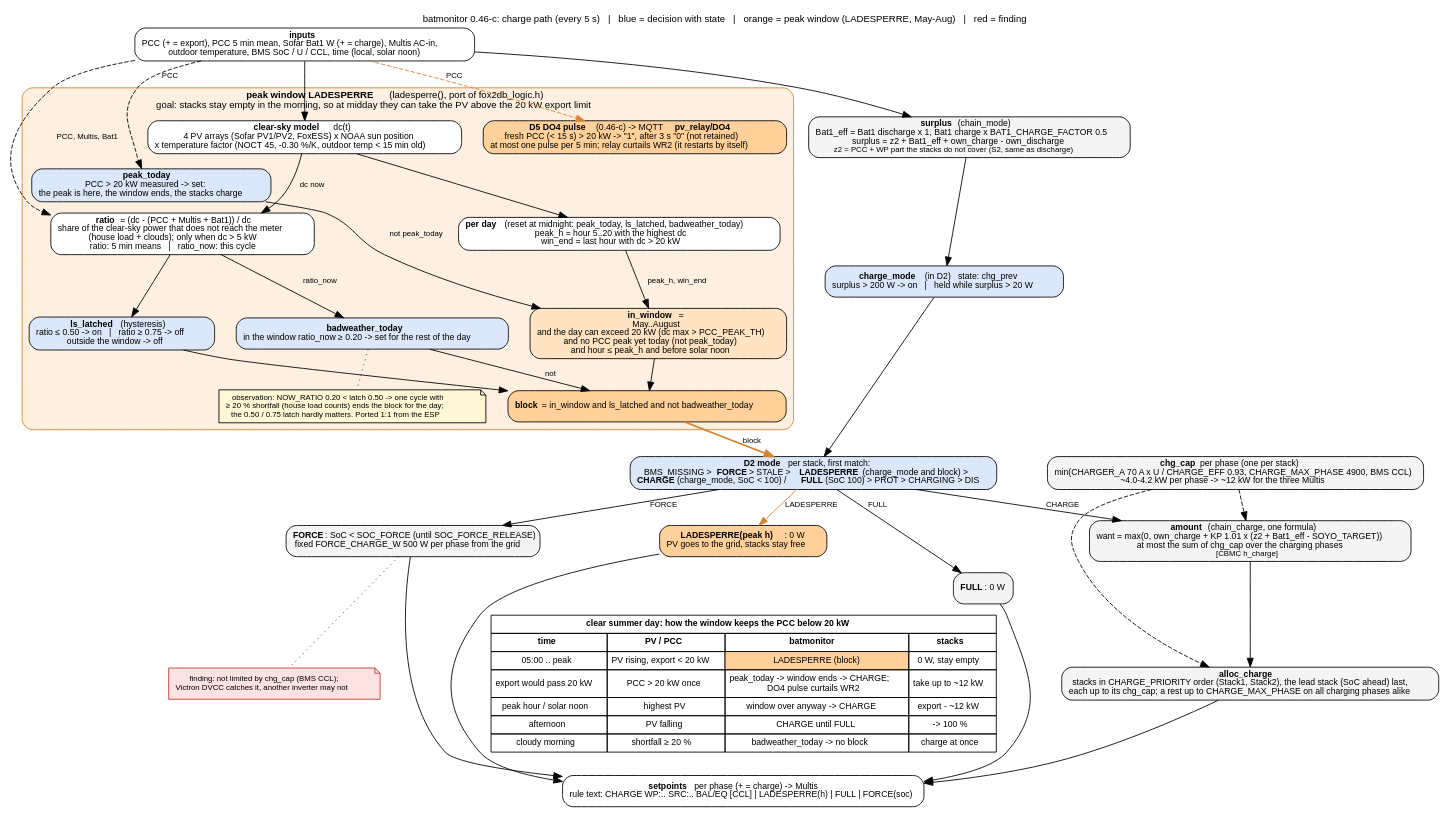
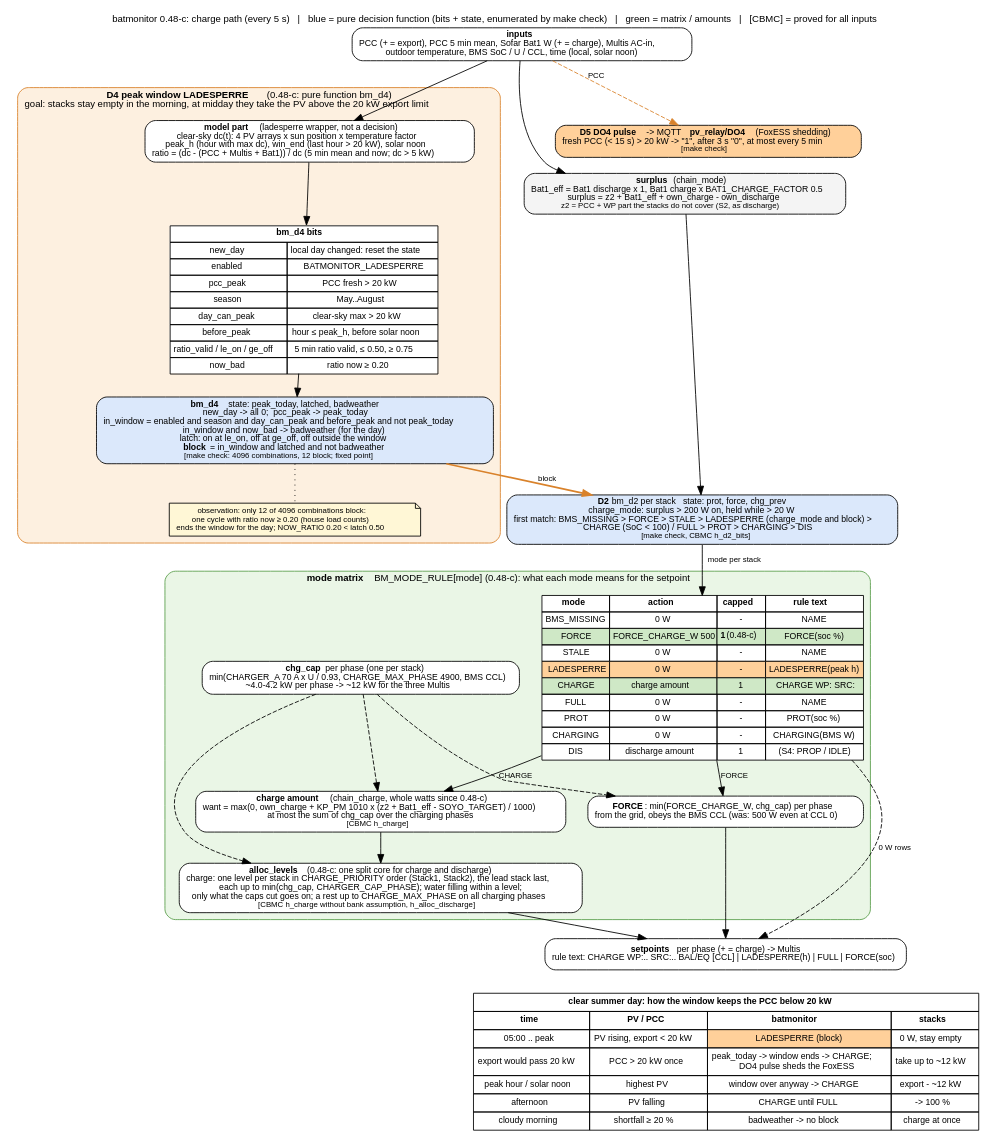
The diagram in docs/charge_flow.dot (gerontec/victron), drawn with Graphviz before and after one commit. The commit also changed 18 other files, not shown here.

```diff
--- a/docs/charge_flow.dot
+++ b/docs/charge_flow.dot
@@ -1,86 +1,91 @@
-// batmonitor 0.46-c: charge path of one cycle, with the summer peak window (LADESPERRE) that keeps the stacks free in
-// the morning so they can take the midday PV and the PCC export stays below PCC_PEAK_TH (20 kW).
+// batmonitor 0.48-c: charge path of one cycle as decision matrices, with the summer peak window (D4 LADESPERRE)
+// that keeps the stacks free in the morning so they take the midday PV and the PCC export stays below 20 kW.
 // render: dot -Tpdf charge_flow.dot -o charge_flow.pdf   (or -Tpng)
 digraph charge {
 	graph [rankdir=TB, fontname="Helvetica", fontsize=11, nodesep=0.35, ranksep=0.35, newrank=true,
-		   label="batmonitor 0.46-c: charge path (every 5 s)   |   blue = decision with state   |   orange = peak window (LADESPERRE, May-Aug)   |   red = finding",
+		   label="batmonitor 0.48-c: charge path (every 5 s)   |   blue = pure decision function (bits + state, enumerated by make check)   |   green = matrix / amounts   |   [CBMC] = proved for all inputs",
 		   labelloc=t];
 	node [shape=box, style="rounded,filled", fillcolor="#f4f4f4", fontname="Helvetica", fontsize=10];
 	edge [fontname="Helvetica", fontsize=9];
 
 	in [label=<<b>inputs</b><br/>PCC (+ = export), PCC 5 min mean, Sofar Bat1 W (+ = charge), Multis AC-in,<br/>outdoor temperature, BMS SoC / U / CCL, time (local, solar noon)>, fillcolor="#ffffff"];
 
-	surplus [label=<<b>surplus</b> (chain_mode)<br/>Bat1_eff = Bat1 discharge x 1, Bat1 charge x BAT1_CHARGE_FACTOR 0.5<br/>surplus = z2 + Bat1_eff + own_charge - own_discharge<br/><font point-size="9">z2 = PCC + WP part the stacks do not cover (S2, same as discharge)</font>>];
+	surplus [label=<<b>surplus</b> (chain_mode)<br/>Bat1_eff = Bat1 discharge x 1, Bat1 charge x BAT1_CHARGE_FACTOR 0.5<br/>surplus = z2 + Bat1_eff + own_charge - own_discharge<br/><font point-size="9">z2 = PCC + WP part the stacks do not cover (S2, as discharge)</font>>];
 
-	cmode [label=<<b>charge_mode</b> (in D2)   state: chg_prev<br/>surplus &gt; 200 W -&gt; on   |   held while surplus &gt; 20 W>, fillcolor="#dbe8fb"];
-
-	subgraph cluster_ls {
-		label=<<b>peak window LADESPERRE</b> (ladesperre(), port of fox2db_logic.h)<br/>goal: stacks stay empty in the morning, so at midday they can take the PV above the 20 kW export limit>;
+	subgraph cluster_d4 {
+		label=<<b>D4 peak window LADESPERRE</b> (0.48-c: pure function bm_d4)<br/>goal: stacks stay empty in the morning, at midday they take the PV above the 20 kW export limit>;
 		style="rounded,filled"; fillcolor="#fdf0e0"; color="#d9822b"; fontsize=11;
-
-		model [label=<<b>clear-sky model</b> dc(t)<br/>4 PV arrays (Sofar PV1/PV2, FoxESS) x NOAA sun position<br/>x temperature factor (NOCT 45, -0.30 %/K, outdoor temp &lt; 15 min old)>, fillcolor="#ffffff"];
-		day [label=<<b>per day</b> (reset at midnight: peak_today, ls_latched, badweather_today)<br/>peak_h = hour 5..20 with the highest dc<br/>win_end = last hour with dc &gt; 20 kW>, fillcolor="#ffffff"];
-		window [label=<<b>in_window</b> =<br/>May..August<br/>and the day can exceed 20 kW (dc max &gt; PCC_PEAK_TH)<br/>and no PCC peak yet today (not peak_today)<br/>and hour &le; peak_h and before solar noon>, fillcolor="#ffe3c2"];
-		ratio [label=<<b>ratio</b> = (dc - (PCC + Multis + Bat1)) / dc<br/>share of the clear-sky power that does not reach the meter<br/>(house load + clouds); only when dc &gt; 5 kW<br/>ratio: 5 min means   |   ratio_now: this cycle>, fillcolor="#ffffff"];
-		latch [label=<<b>ls_latched</b> (hysteresis)<br/>ratio &le; 0.50 -&gt; on   |   ratio &ge; 0.75 -&gt; off<br/>outside the window -&gt; off>, fillcolor="#dbe8fb"];
-		bad [label=<<b>badweather_today</b><br/>in the window ratio_now &ge; 0.20 -&gt; set for the rest of the day>, fillcolor="#dbe8fb"];
-		peak [label=<<b>peak_today</b><br/>PCC &gt; 20 kW measured -&gt; set:<br/>the peak is here, the window ends, the stacks charge>, fillcolor="#dbe8fb"];
-		do4 [label=<<b>D5 DO4 pulse</b> (0.46-c) -&gt; MQTT <b>pv_relay/DO4</b><br/>fresh PCC (&lt; 15 s) &gt; 20 kW -&gt; "1", after 3 s "0" (not retained)<br/>at most one pulse per 5 min; relay curtails WR2 (it restarts by itself)>, fillcolor="#ffd09a"];
-		block [label=<<b>block</b> = in_window and ls_latched and not badweather_today>, fillcolor="#ffd09a"];
-		note_ls [shape=note, fillcolor="#fff7d6", fontsize=9, label=<observation: NOW_RATIO 0.20 &lt; latch 0.50 -&gt; one cycle with<br/>&ge; 20 % shortfall (house load counts) ends the block for the day;<br/>the 0.50 / 0.75 latch hardly matters. Ported 1:1 from the ESP>];
-
-		model -> day;
-		model -> ratio [label=" dc now"];
-		day -> window [label=" peak_h, win_end"];
-		peak -> window [label=" not peak_today"];
-		ratio -> latch;
-		ratio -> bad [label=" ratio_now"];
-		window -> block;
-		latch -> block;
-		bad -> block [label=" not"];
-		bad -> note_ls [style=dotted, arrowhead=none];
+		model [label=<<b>model part</b> (ladesperre wrapper, not a decision)<br/>clear-sky dc(t): 4 PV arrays x sun position x temperature factor<br/>peak_h (hour with max dc), win_end (last hour &gt; 20 kW), solar noon<br/>ratio = (dc - (PCC + Multis + Bat1)) / dc (5 min mean and now; dc &gt; 5 kW)>, fillcolor="#ffffff"];
+		d4bits [shape=plain, label=<
+			<table border="0" cellborder="1" cellspacing="0" cellpadding="3" bgcolor="#ffffff">
+			<tr><td colspan="2"><b>bm_d4 bits</b></td></tr>
+			<tr><td>new_day</td><td>local day changed: reset the state</td></tr>
+			<tr><td>enabled</td><td>BATMONITOR_LADESPERRE</td></tr>
+			<tr><td>pcc_peak</td><td>PCC fresh &gt; 20 kW</td></tr>
+			<tr><td>season</td><td>May..August</td></tr>
+			<tr><td>day_can_peak</td><td>clear-sky max &gt; 20 kW</td></tr>
+			<tr><td>before_peak</td><td>hour &le; peak_h, before solar noon</td></tr>
+			<tr><td>ratio_valid / le_on / ge_off</td><td>5 min ratio valid, &le; 0.50, &ge; 0.75</td></tr>
+			<tr><td>now_bad</td><td>ratio now &ge; 0.20</td></tr>
+			</table>>];
+		d4 [label=<<b>bm_d4</b>   state: peak_today, latched, badweather<br/>new_day -&gt; all 0;  pcc_peak -&gt; peak_today<br/>in_window = enabled and season and day_can_peak and before_peak and not peak_today<br/>in_window and now_bad -&gt; badweather (for the day)<br/>latch: on at le_on, off at ge_off, off outside the window<br/><b>block</b> = in_window and latched and not badweather<br/><font point-size="9">[make check: 4096 combinations, 12 block; fixed point]</font>>, fillcolor="#dbe8fb"];
+		note_ls [shape=note, fillcolor="#fff7d6", fontsize=9, label=<observation: only 12 of 4096 combinations block:<br/>one cycle with ratio now &ge; 0.20 (house load counts)<br/>ends the window for the day; NOW_RATIO 0.20 &lt; latch 0.50>];
+		model -> d4bits -> d4;
+		d4 -> note_ls [style=dotted, arrowhead=none];
 	}
 
-	d2 [label=<<b>D2 mode</b> per stack, first match:<br/>BMS_MISSING &gt; <b>FORCE</b> &gt; STALE &gt; <b>LADESPERRE</b> (charge_mode and block) &gt;<br/><b>CHARGE</b> (charge_mode, SoC &lt; 100) / <b>FULL</b> (SoC 100) &gt; PROT &gt; CHARGING &gt; DIS>, fillcolor="#dbe8fb"];
+	d2 [label=<<b>D2</b> bm_d2 per stack   state: prot, force, chg_prev<br/>charge_mode: surplus &gt; 200 W on, held while &gt; 20 W<br/>first match: BMS_MISSING &gt; FORCE &gt; STALE &gt; LADESPERRE (charge_mode and block) &gt;<br/>CHARGE (SoC &lt; 100) / FULL &gt; PROT &gt; CHARGING &gt; DIS<br/><font point-size="9">[make check, CBMC h_d2_bits]</font>>, fillcolor="#dbe8fb"];
 
-	force [label=<<b>FORCE</b>: SoC &lt; SOC_FORCE (until SOC_FORCE_RELEASE)<br/>fixed FORCE_CHARGE_W 500 W per phase from the grid>];
-	force_note [shape=note, fillcolor="#fde2e2", color="#c0392b", fontsize=9, label=<finding: not limited by chg_cap (BMS CCL);<br/>Victron DVCC catches it, another inverter may not>];
-	lsout [label=<<b>LADESPERRE(peak h)</b>: 0 W<br/>PV goes to the grid, stacks stay free>, fillcolor="#ffd09a"];
-	full [label=<<b>FULL</b>: 0 W>];
+	subgraph cluster_mode {
+		label=<<b>mode matrix</b> BM_MODE_RULE[mode] (0.48-c): what each mode means for the setpoint>;
+		style="rounded,filled"; fillcolor="#eaf6e6"; color="#5a9e4b"; fontsize=11;
+		mrule [shape=plain, label=<
+			<table border="0" cellborder="1" cellspacing="0" cellpadding="3" bgcolor="#ffffff">
+			<tr><td><b>mode</b></td><td><b>action</b></td><td><b>capped</b></td><td><b>rule text</b></td></tr>
+			<tr><td>BMS_MISSING</td><td>0 W</td><td>-</td><td>NAME</td></tr>
+			<tr><td bgcolor="#cfe8c6">FORCE</td><td bgcolor="#cfe8c6">FORCE_CHARGE_W 500</td><td bgcolor="#cfe8c6"><b>1</b> (0.48-c)</td><td bgcolor="#cfe8c6">FORCE(soc %)</td></tr>
+			<tr><td>STALE</td><td>0 W</td><td>-</td><td>NAME</td></tr>
+			<tr><td bgcolor="#ffd09a">LADESPERRE</td><td bgcolor="#ffd09a">0 W</td><td bgcolor="#ffd09a">-</td><td bgcolor="#ffd09a">LADESPERRE(peak h)</td></tr>
+			<tr><td bgcolor="#cfe8c6">CHARGE</td><td bgcolor="#cfe8c6">charge amount</td><td bgcolor="#cfe8c6">1</td><td bgcolor="#cfe8c6">CHARGE WP: SRC:</td></tr>
+			<tr><td>FULL</td><td>0 W</td><td>-</td><td>NAME</td></tr>
+			<tr><td>PROT</td><td>0 W</td><td>-</td><td>PROT(soc %)</td></tr>
+			<tr><td>CHARGING</td><td>0 W</td><td>-</td><td>CHARGING(BMS W)</td></tr>
+			<tr><td>DIS</td><td>discharge amount</td><td>1</td><td>(S4: PROP / IDLE)</td></tr>
+			</table>>];
+		force [label=<<b>FORCE</b>: min(FORCE_CHARGE_W, chg_cap) per phase<br/>from the grid, obeys the BMS CCL (was: 500 W even at CCL 0)>, fillcolor="#ffffff"];
+		amount [label=<<b>charge amount</b> (chain_charge, whole watts since 0.48-c)<br/>want = max(0, own_charge + KP_PM 1010 x (z2 + Bat1_eff - SOYO_TARGET) / 1000)<br/>at most the sum of chg_cap over the charging phases<br/><font point-size="9">[CBMC h_charge]</font>>, fillcolor="#ffffff"];
+		caps [label=<<b>chg_cap</b> per phase (one per stack)<br/>min(CHARGER_A 70 A x U / 0.93, CHARGE_MAX_PHASE 4900, BMS CCL)<br/>~4.0-4.2 kW per phase -&gt; ~12 kW for the three Multis>, fillcolor="#ffffff"];
+		alloc [label=<<b>alloc_levels</b> (0.48-c: one split core for charge and discharge)<br/>charge: one level per stack in CHARGE_PRIORITY order (Stack1, Stack2), the lead stack last,<br/>each up to min(chg_cap, CHARGER_CAP_PHASE); water filling within a level;<br/>only what the caps cut goes on; a rest up to CHARGE_MAX_PHASE on all charging phases<br/><font point-size="9">[CBMC h_charge without bank assumption, h_alloc_discharge]</font>>, fillcolor="#ffffff"];
+		mrule -> force [label=" FORCE"];
+		mrule -> amount [label=" CHARGE"];
+		caps -> amount [style=dashed];
+		caps -> alloc [style=dashed];
+		caps -> force [style=dashed];
+		amount -> alloc;
+	}
 
-	amount [label=<<b>amount</b> (chain_charge, one formula)<br/>want = max(0, own_charge + KP 1.01 x (z2 + Bat1_eff - SOYO_TARGET))<br/>at most the sum of chg_cap over the charging phases<br/><font point-size="9">[CBMC h_charge]</font>>];
-	caps [label=<<b>chg_cap</b> per phase (one per stack)<br/>min(CHARGER_A 70 A x U / CHARGE_EFF 0.93, CHARGE_MAX_PHASE 4900, BMS CCL)<br/>~4.0-4.2 kW per phase -&gt; ~12 kW for the three Multis>];
-	alloc [label=<<b>alloc_charge</b><br/>stacks in CHARGE_PRIORITY order (Stack1, Stack2), the lead stack (SoC ahead) last,<br/>each up to its chg_cap; a rest up to CHARGE_MAX_PHASE on all charging phases alike>];
+	do4 [label=<<b>D5 DO4 pulse</b> -&gt; MQTT <b>pv_relay/DO4</b> (FoxESS shedding)<br/>fresh PCC (&lt; 15 s) &gt; 20 kW -&gt; "1", after 3 s "0", at most every 5 min<br/><font point-size="9">[make check]</font>>, fillcolor="#ffd09a"];
 
 	out [label=<<b>setpoints</b> per phase (+ = charge) -&gt; Multis<br/>rule text: CHARGE WP:.. SRC:.. BAL/EQ [CCL] | LADESPERRE(h) | FULL | FORCE(soc)>, fillcolor="#ffffff"];
 
 	timeline [shape=plain, label=<
 		<table border="0" cellborder="1" cellspacing="0" cellpadding="4" bgcolor="#ffffff">
 		<tr><td colspan="4"><b>clear summer day: how the window keeps the PCC below 20 kW</b></td></tr>
 		<tr><td><b>time</b></td><td><b>PV / PCC</b></td><td><b>batmonitor</b></td><td><b>stacks</b></td></tr>
 		<tr><td>05:00 .. peak</td><td>PV rising, export &lt; 20 kW</td><td bgcolor="#ffd09a">LADESPERRE (block)</td><td>0 W, stay empty</td></tr>
-		<tr><td>export would pass 20 kW</td><td>PCC &gt; 20 kW once</td><td>peak_today -&gt; window ends -&gt; CHARGE;<br/>DO4 pulse curtails WR2</td><td>take up to ~12 kW</td></tr>
+		<tr><td>export would pass 20 kW</td><td>PCC &gt; 20 kW once</td><td>peak_today -&gt; window ends -&gt; CHARGE;<br/>DO4 pulse sheds the FoxESS</td><td>take up to ~12 kW</td></tr>
 		<tr><td>peak hour / solar noon</td><td>highest PV</td><td>window over anyway -&gt; CHARGE</td><td>export - ~12 kW</td></tr>
 		<tr><td>afternoon</td><td>PV falling</td><td>CHARGE until FULL</td><td>-&gt; 100 %</td></tr>
-		<tr><td>cloudy morning</td><td>shortfall &ge; 20 %</td><td>badweather_today -&gt; no block</td><td>charge at once</td></tr>
+		<tr><td>cloudy morning</td><td>shortfall &ge; 20 %</td><td>badweather -&gt; no block</td><td>charge at once</td></tr>
 		</table>>];
 
-	in -> surplus -> cmode -> d2;
+	in -> surplus -> d2;
 	in -> model;
-	in -> ratio [style=dashed, label=" PCC, Multis, Bat1"];
-	in -> peak [style=dashed, label=" PCC"];
 	in -> do4 [style=dashed, label=" PCC", color="#d9822b"];
-	block -> d2 [color="#d9822b", penwidth=2, label=" block"];
-	d2 -> force [label=" FORCE"];
-	d2 -> lsout [label=" LADESPERRE", color="#d9822b"];
-	d2 -> amount [label=" CHARGE"];
-	d2 -> full [label=" FULL"];
-	force -> force_note [style=dotted, arrowhead=none];
-	caps -> amount [style=dashed];
-	caps -> alloc [style=dashed];
-	amount -> alloc -> out;
+	d4 -> d2 [color="#d9822b", penwidth=2, label=" block"];
+	d2 -> mrule [label=" mode per stack"];
 	force -> out;
-	lsout -> out;
-	full -> out;
-	lsout -> timeline [style=invis];
+	alloc -> out;
+	mrule -> out [label=" 0 W rows", style=dashed];
+	out -> timeline [style=invis];
 }
```
